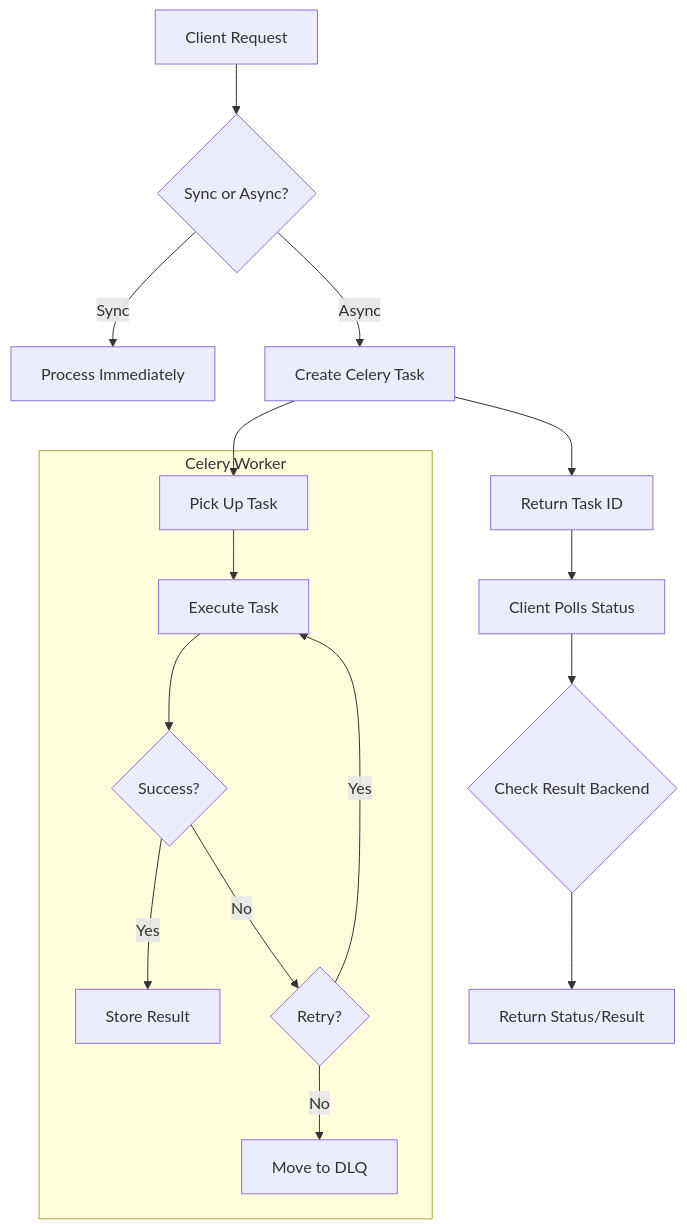
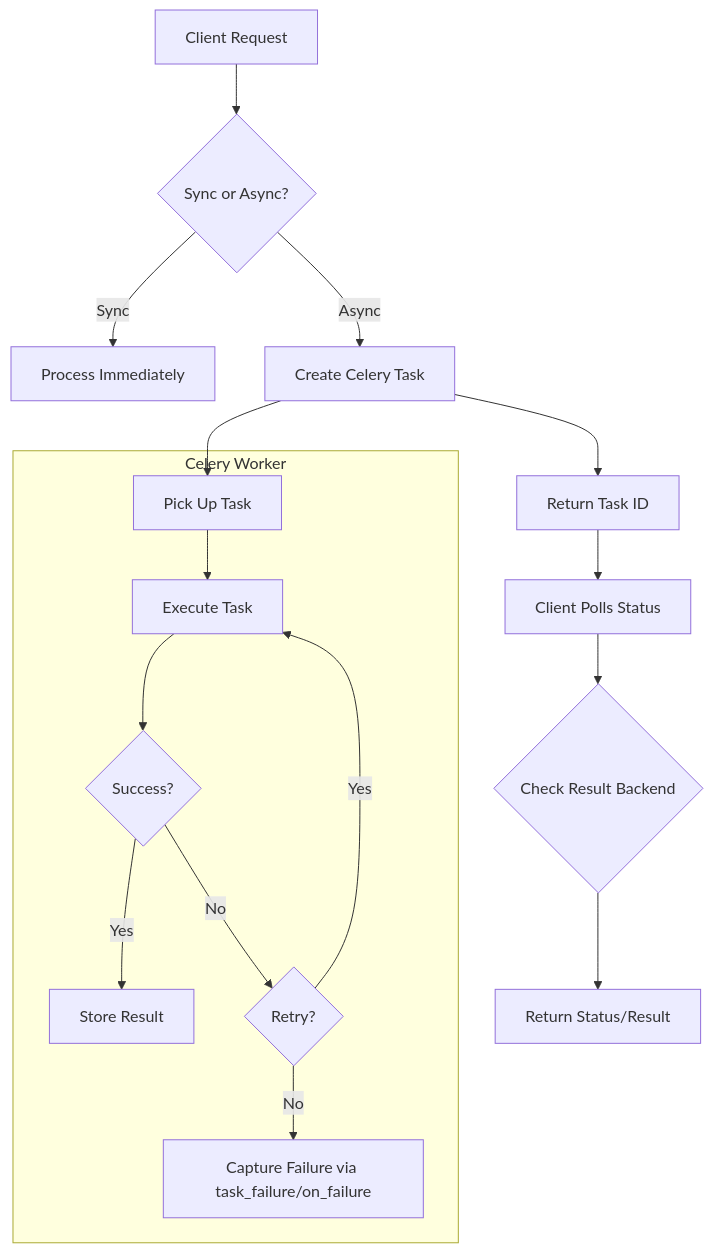
One commit to LIDR-academy/AI4Devs-finalproject changed the diagram in user-stories/backend/US-007-celery-task-queue.md. Above: the diagram before and after it, drawn with Mermaid. The commit also changed other lines of this file and 10 other files, not shown here.

````diff
--- a/user-stories/backend/US-007-celery-task-queue.md
+++ b/user-stories/backend/US-007-celery-task-queue.md
@@ -89,21 +98,21 @@
 ```mermaid
 flowchart TD
     A[Client Request] --> B{Sync or Async?}
     B -->|Sync| C[Process Immediately]
     B -->|Async| D[Create Celery Task]
     D --> E[Return Task ID]
     E --> F[Client Polls Status]
     
     subgraph Celery Worker
         G[Pick Up Task] --> H[Execute Task]
         H --> I{Success?}
         I -->|Yes| J[Store Result]
         I -->|No| K{Retry?}
         K -->|Yes| H
-        K -->|No| L[Move to DLQ]
+        K -->|No| L[Capture Failure via task_failure/on_failure]
     end
     
     D --> G
     F --> M{Check Result Backend}
     M --> N[Return Status/Result]
 ```
````
